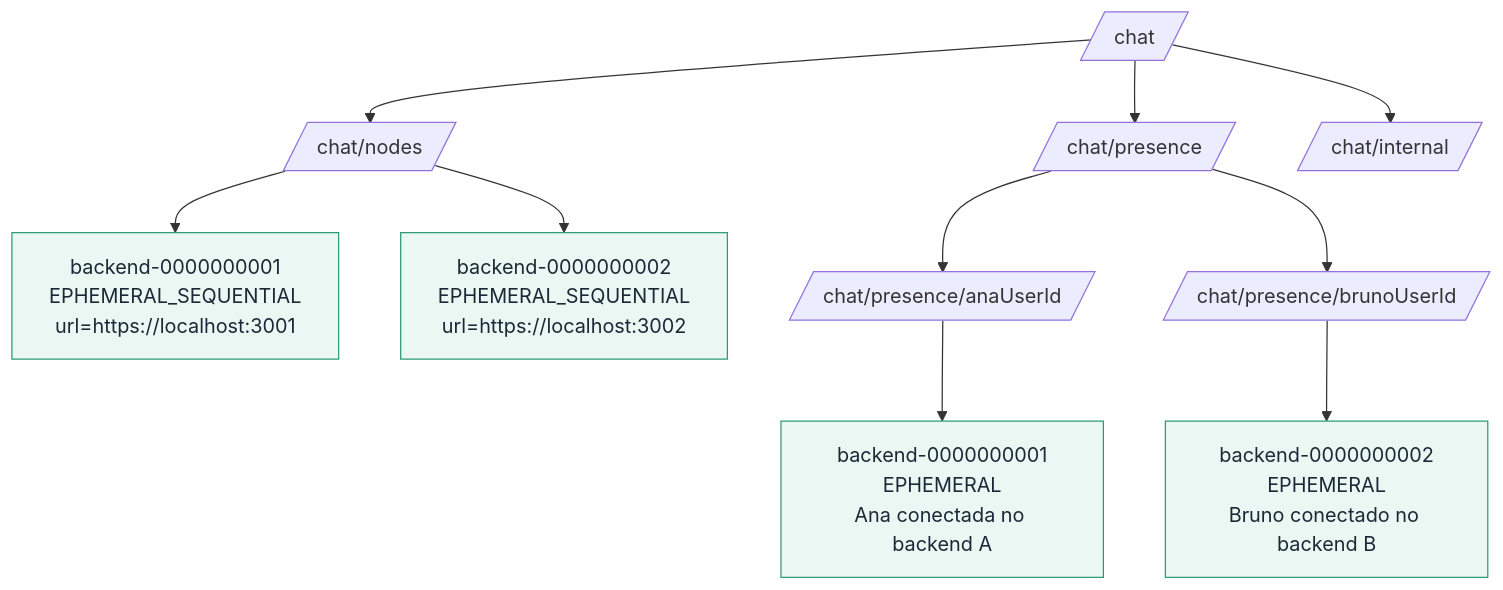
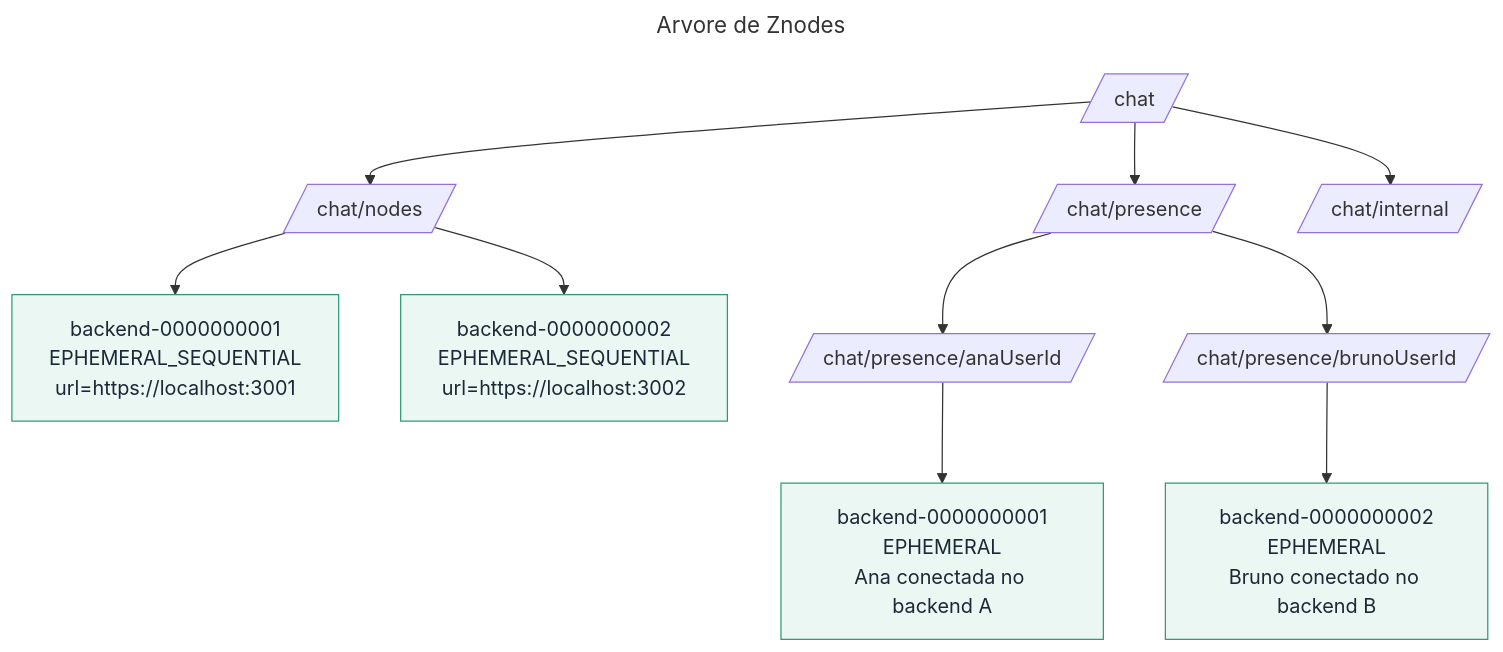
One commit to jvmr1/chat-distribuido changed the second of 10 diagrams in docs/diagrams.md. Above: the diagram before and after it, drawn with Mermaid. The commit also changed other lines of this file and 13 other files, not shown here.

Commit message:
diagramas

````diff
--- a/docs/diagrams.md
+++ b/docs/diagrams.md
@@ -52,20 +64,23 @@
 ```mermaid
+---
+title: Arvore de Znodes
+---
 flowchart TD
   Root[/chat/]
 
   Root --> Nodes[/chat/nodes/]
   Nodes --> N1[backend-0000000001\nEPHEMERAL_SEQUENTIAL\nurl=https://localhost:3001]
   Nodes --> N2[backend-0000000002\nEPHEMERAL_SEQUENTIAL\nurl=https://localhost:3002]
 
   Root --> Presence[/chat/presence/]
   Presence --> AnaUser[/chat/presence/anaUserId/]
   Presence --> BrunoUser[/chat/presence/brunoUserId/]
 
   AnaUser --> AnaOnB1[backend-0000000001\nEPHEMERAL\nAna conectada no backend A]
   BrunoUser --> BrunoOnB2[backend-0000000002\nEPHEMERAL\nBruno conectado no backend B]
 
   Root --> Internal[/chat/internal/]
 
   classDef ephemeral fill:#eaf7f3,stroke:#2d9b73,color:#1c2836;
   class N1,N2,AnaOnB1,BrunoOnB2 ephemeral;
 ```
````
